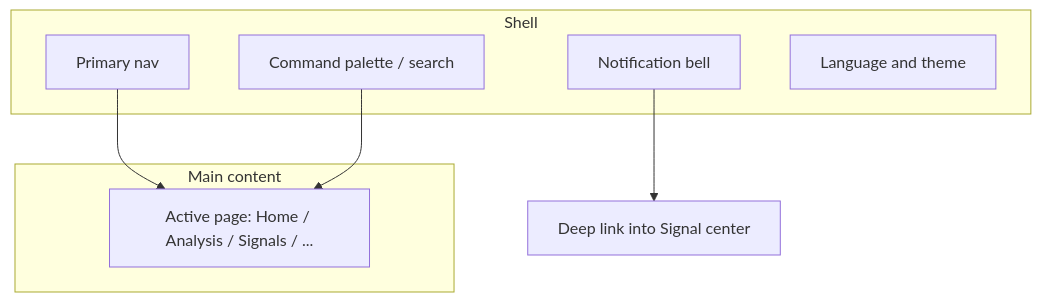
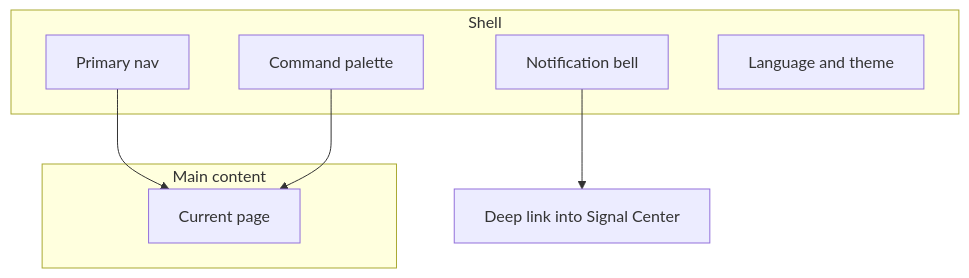
The diagram in docs/ui-manual/01-shell_EN.md (SiinXu/stock-pulse-ai), drawn with Mermaid before and after one commit. The commit also changed other lines of this file and 3 other files, not shown here.

````diff
--- a/docs/ui-manual/01-shell_EN.md
+++ b/docs/ui-manual/01-shell_EN.md
@@ -20,15 +30,15 @@
 ```mermaid
 flowchart TB
   subgraph shell [Shell]
     N[Primary nav]
     B[Notification bell]
-    K[Command palette / search]
+    K[Command palette]
     L[Language and theme]
   end
   subgraph main [Main content]
-    P[Active page: Home / Analysis / Signals / ...]
+    P[Current page]
   end
   N --> P
   K --> P
-  B --> S[Deep link into Signal center]
+  B --> S[Deep link into Signal Center]
 ```
````
